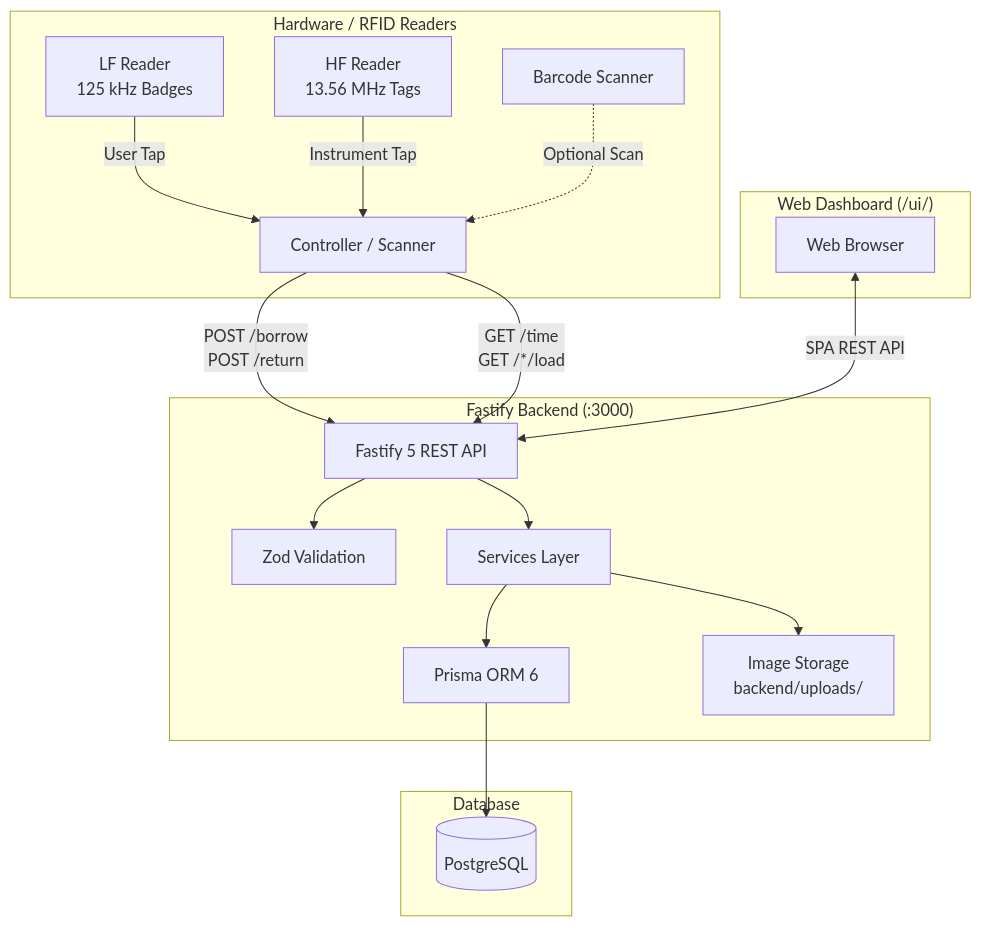
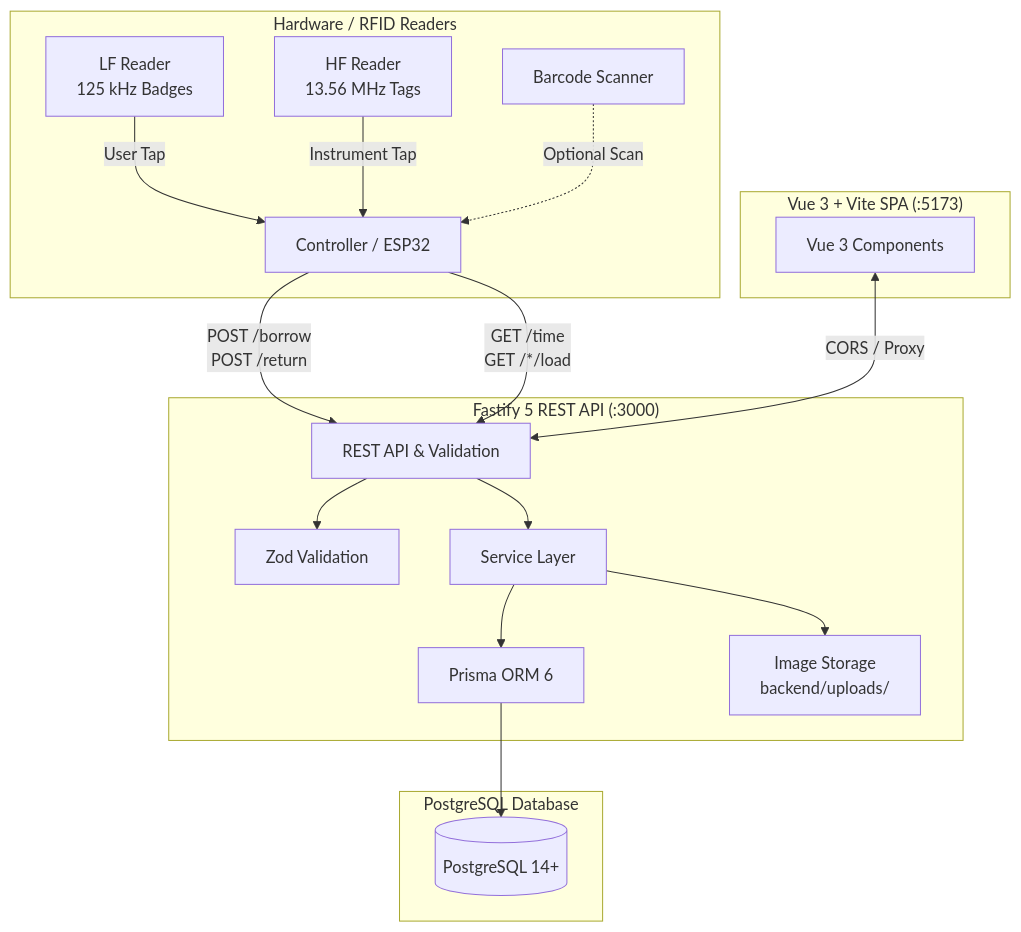
The diagram in README.md (ApirakPhuphanphet/instrument), drawn with Mermaid before and after one commit. The commit also changed other lines of this file and 22 other files, not shown here.

````diff
--- a/README.md
+++ b/README.md
@@ -67,25 +74,25 @@
 ```mermaid
 graph TD
     subgraph Hardware ["Hardware / RFID Readers"]
-        LF[LF Reader<br/>125 kHz Badges] -->|User Tap| ESP[Controller / Scanner]
+        LF[LF Reader<br/>125 kHz Badges] -->|User Tap| ESP[Controller / ESP32]
         HF[HF Reader<br/>13.56 MHz Tags] -->|Instrument Tap| ESP
         BC[Barcode Scanner] -.->|Optional Scan| ESP
     end
 
-    subgraph Backend ["Fastify Backend (:3000)"]
-        ESP -->|POST /borrow<br/>POST /return| API[Fastify 5 REST API]
+    subgraph Backend ["Fastify 5 REST API (:3000)"]
+        ESP -->|POST /borrow<br/>POST /return| API[REST API & Validation]
         ESP -->|GET /time<br/>GET /*/load| API
         API --> V[Zod Validation]
-        API --> S[Services Layer]
+        API --> S[Service Layer]
         S --> P[Prisma ORM 6]
         S --> IMG[Image Storage<br/>backend/uploads/]
     end
 
-    subgraph Storage ["Database"]
-        P --> DB[(PostgreSQL)]
+    subgraph Storage ["PostgreSQL Database"]
+        P --> DB[(PostgreSQL 14+)]
     end
 
-    subgraph Frontend ["Web Dashboard (/ui/)"]
-        BROWSER[Web Browser] <-->|SPA REST API| API
+    subgraph Frontend ["Vue 3 + Vite SPA (:5173)"]
+        UI[Vue 3 Components] <-->|CORS / Proxy| API
     end
 ```
````
